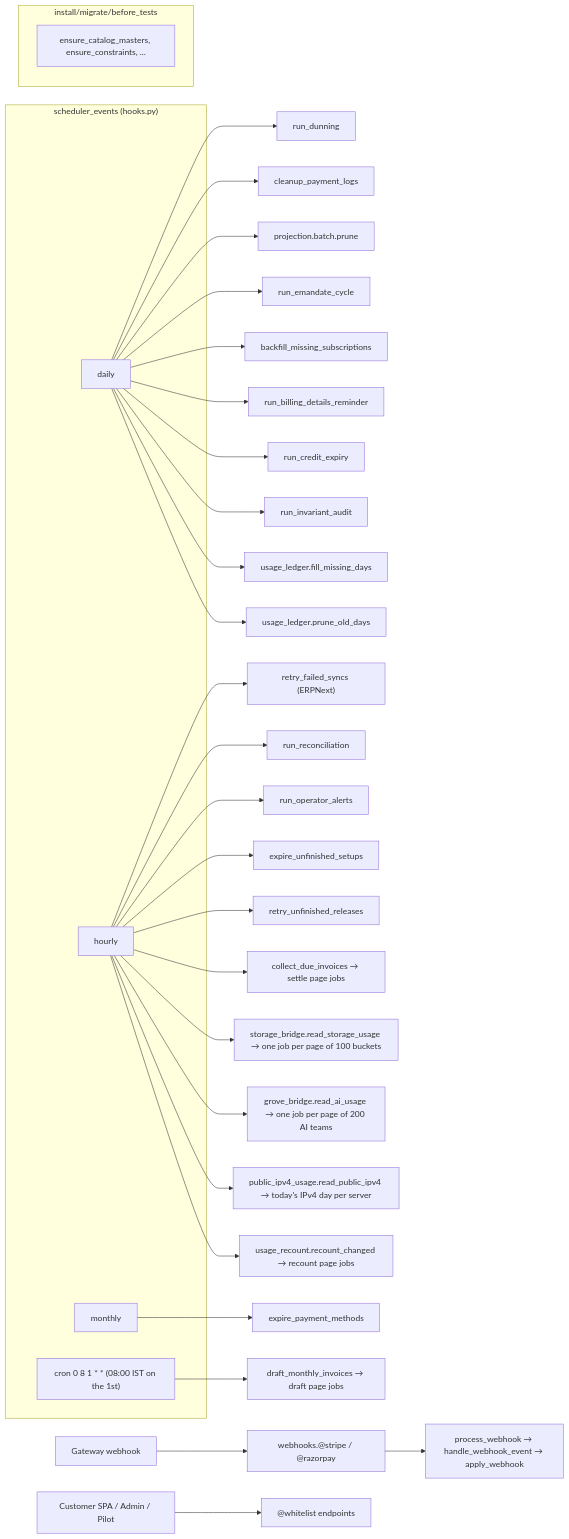
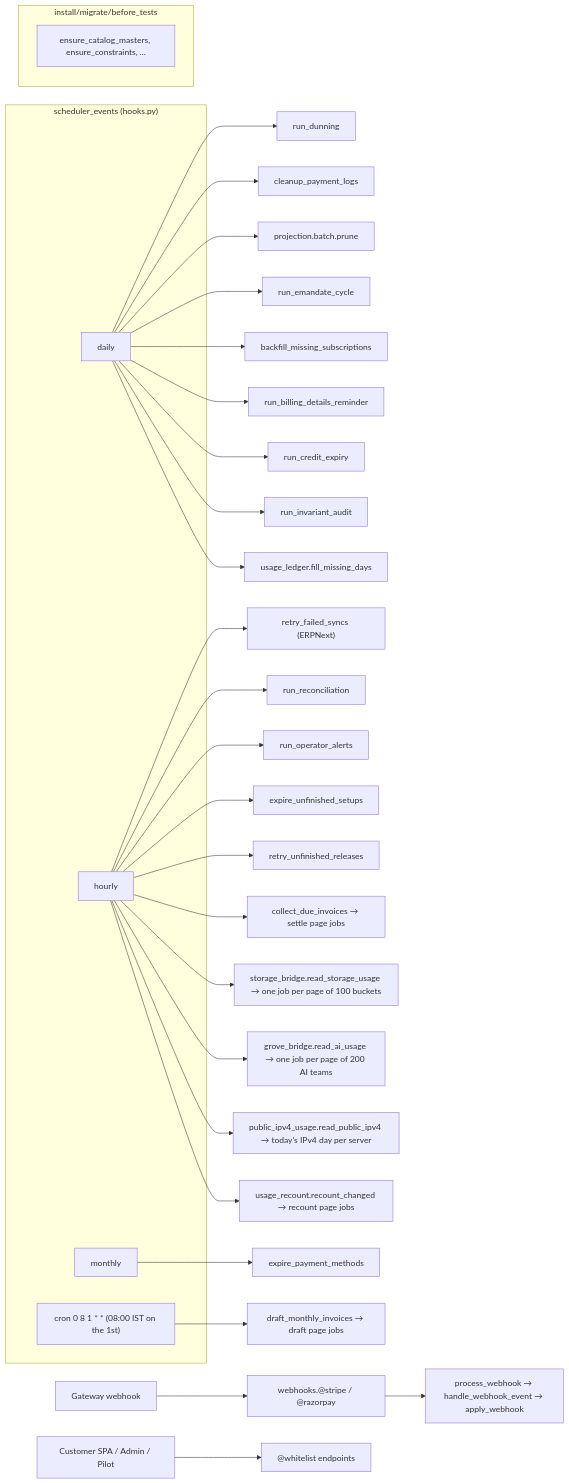
One commit to frappe/central changed the third of 8 diagrams in central/billing/ARCHITECTURE.md. Above: the diagram before and after it, drawn with Mermaid. The commit also changed other lines of this file and 46 other files, not shown here.

````diff
--- a/central/billing/ARCHITECTURE.md
+++ b/central/billing/ARCHITECTURE.md
@@ -218,39 +220,38 @@
 ```mermaid
 flowchart LR
     subgraph SCHED["scheduler_events (hooks.py)"]
         D1["daily"]
         H1["hourly"]
         M1["monthly"]
         C1["cron 0 8 1 * * (08:00 IST on the 1st)"]
     end
     D1 --> RD["run_dunning"]
     D1 --> CP["cleanup_payment_logs"]
     D1 --> PR["projection.batch.prune"]
     D1 --> EM["run_emandate_cycle"]
     D1 --> BF["backfill_missing_subscriptions"]
     D1 --> BR["run_billing_details_reminder"]
     D1 --> CE["run_credit_expiry"]
     D1 --> IA["run_invariant_audit"]
     D1 --> FMD["usage_ledger.fill_missing_days"]
-    D1 --> POD["usage_ledger.prune_old_days"]
     H1 --> RF["retry_failed_syncs (ERPNext)"]
     H1 --> RR["run_reconciliation"]
     H1 --> OA["run_operator_alerts"]
     H1 --> SE["expire_unfinished_setups"]
     H1 --> SR["retry_unfinished_releases"]
     C1 --> DMI["draft_monthly_invoices → draft page jobs"]
     M1 --> EX["expire_payment_methods"]
     H1 --> CDI["collect_due_invoices → settle page jobs"]
     H1 --> RSU["storage_bridge.read_storage_usage → one job per page of 100 buckets"]
     H1 --> RAI["grove_bridge.read_ai_usage → one job per page of 200 AI teams"]
     H1 --> RIP["public_ipv4_usage.read_public_ipv4 → today's IPv4 day per server"]
     H1 --> RCC["usage_recount.recount_changed → recount page jobs"]
 
     subgraph INSTALL["install/migrate/before_tests"]
         ECM["ensure_catalog_masters, ensure_constraints, ..."]
     end
 
     EXT["Gateway webhook"] --> WH["webhooks.@stripe / @razorpay"]
     WH --> PW["process_webhook → handle_webhook_event → apply_webhook"]
     UI["Customer SPA / Admin / Pilot"] --> API["@whitelist endpoints"]
 ```
````
